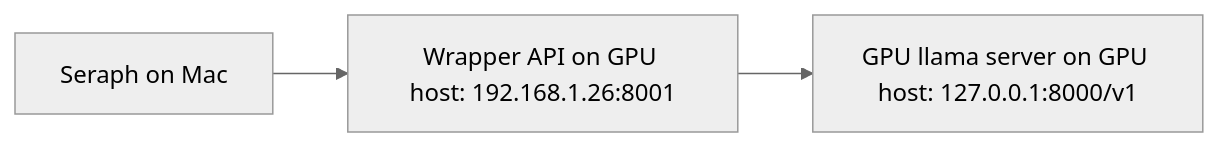
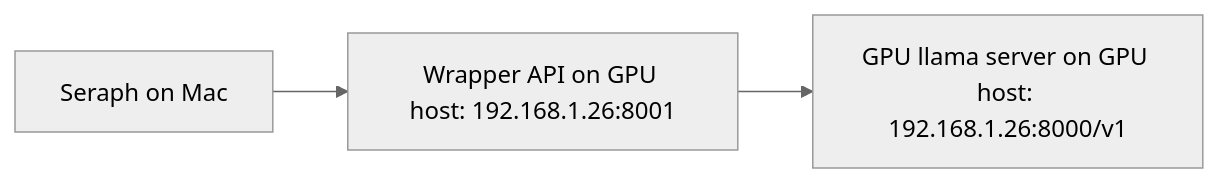
Before and after one commit to seraph-quest/vlm-screenshot-server: the second of 2 diagrams in README.md, drawn with Mermaid (neutral theme). The commit also changed other lines of this file and 2 other files, not shown here.

Commit message:
Use GPU LAN backend from wrapper (#7)

````diff
--- a/README.md
+++ b/README.md
@@ -28,5 +28,5 @@
 ```mermaid
 flowchart LR
   A["Seraph on Mac"] --> B["Wrapper API on GPU host: 192.168.1.26:8001"]
-  B --> C["GPU llama server on GPU host: 127.0.0.1:8000/v1"]
+  B --> C["GPU llama server on GPU host: 192.168.1.26:8000/v1"]
 ```
````
